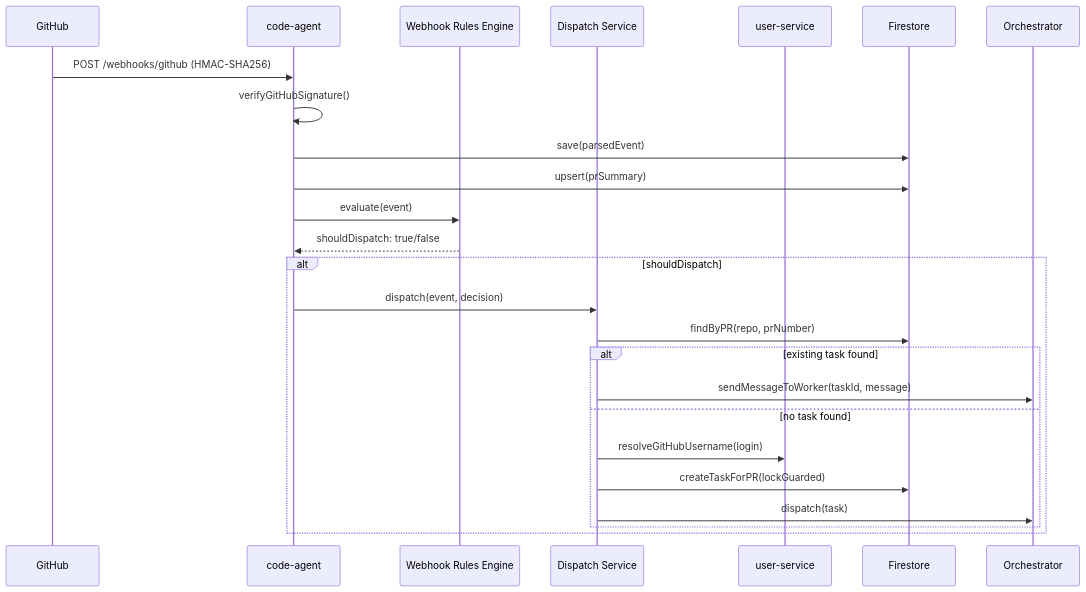
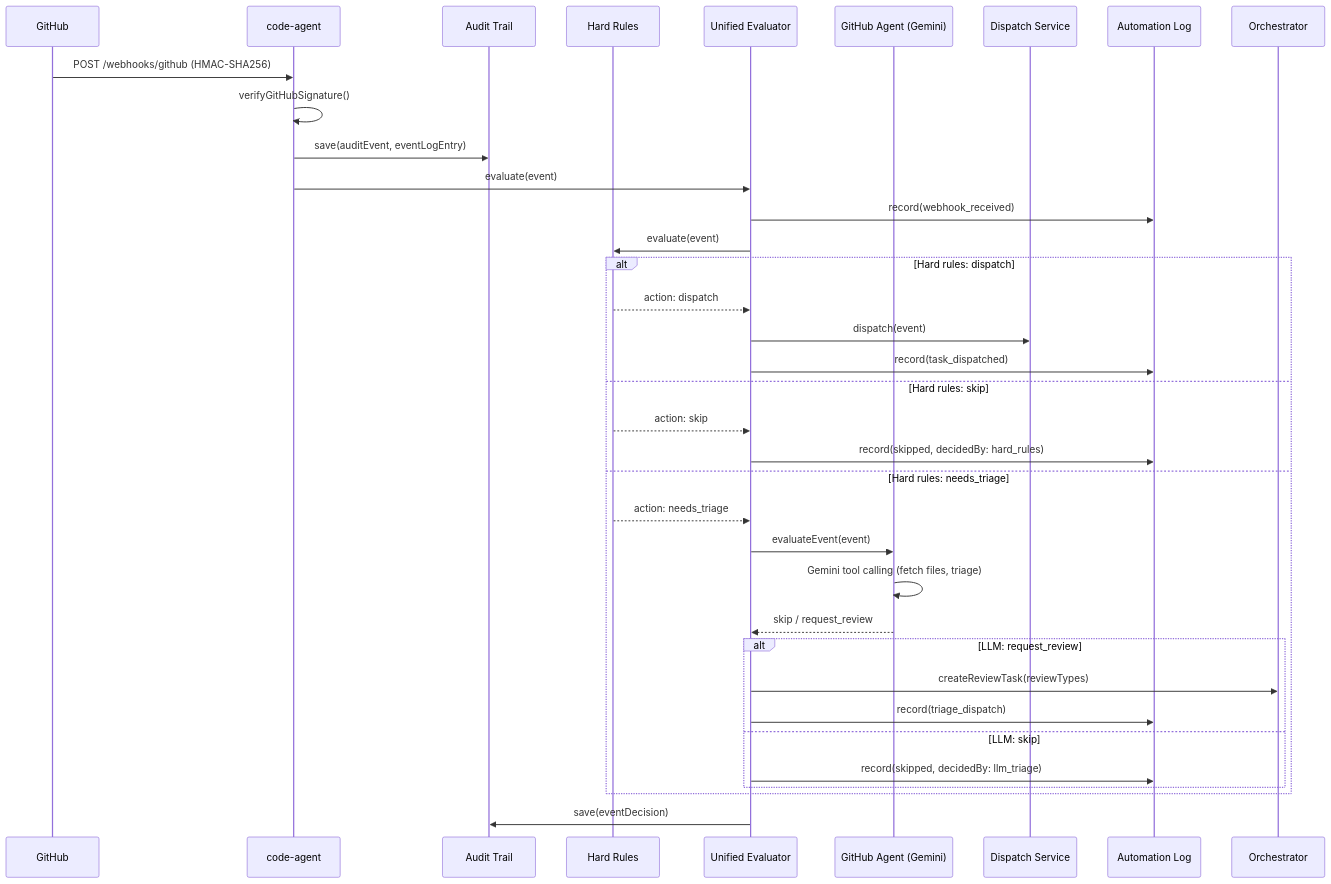
The third of 3 diagrams in docs/services/code-agent/technical.md (pbuchman/intexuraos), drawn with Mermaid before and after one commit. The commit also changed other lines of this file and 124 other files, not shown here.

````diff
--- a/docs/services/code-agent/technical.md
+++ b/docs/services/code-agent/technical.md
@@ -116,29 +127,41 @@
 ```mermaid
 sequenceDiagram
     participant GitHub
     participant CodeAgent as code-agent
-    participant Rules as Webhook Rules Engine
+    participant Audit as Audit Trail
+    participant Rules as Hard Rules
+    participant Evaluator as Unified Evaluator
+    participant Agent as GitHub Agent (Gemini)
     participant Dispatch as Dispatch Service
-    participant UserSvc as user-service
-    participant Firestore
+    participant AutoLog as Automation Log
     participant Worker as Orchestrator
 
     GitHub->>CodeAgent: POST /webhooks/github (HMAC-SHA256)
     CodeAgent->>CodeAgent: verifyGitHubSignature()
-    CodeAgent->>Firestore: save(parsedEvent)
-    CodeAgent->>Firestore: upsert(prSummary)
-    CodeAgent->>Rules: evaluate(event)
-    Rules-->>CodeAgent: shouldDispatch: true/false
+    CodeAgent->>Audit: save(auditEvent, eventLogEntry)
+    CodeAgent->>Evaluator: evaluate(event)
+    Evaluator->>AutoLog: record(webhook_received)
+    Evaluator->>Rules: evaluate(event)
 
-    alt shouldDispatch
-        CodeAgent->>Dispatch: dispatch(event, decision)
-        Dispatch->>Firestore: findByPR(repo, prNumber)
-        alt existing task found
-            Dispatch->>Worker: sendMessageToWorker(taskId, message)
-        else no task found
-            Dispatch->>UserSvc: resolveGitHubUsername(login)
-            Dispatch->>Firestore: createTaskForPR(lockGuarded)
-            Dispatch->>Worker: dispatch(task)
+    alt Hard rules: dispatch
+        Rules-->>Evaluator: action: dispatch
+        Evaluator->>Dispatch: dispatch(event)
+        Evaluator->>AutoLog: record(task_dispatched)
+    else Hard rules: skip
+        Rules-->>Evaluator: action: skip
+        Evaluator->>AutoLog: record(skipped, decidedBy: hard_rules)
+    else Hard rules: needs_triage
+        Rules-->>Evaluator: action: needs_triage
+        Evaluator->>Agent: evaluateEvent(event)
+        Agent->>Agent: Gemini tool calling (fetch files, triage)
+        Agent-->>Evaluator: skip / request_review
+        alt LLM: request_review
+            Evaluator->>Worker: createReviewTask(reviewTypes)
+            Evaluator->>AutoLog: record(triage_dispatch)
+        else LLM: skip
+            Evaluator->>AutoLog: record(skipped, decidedBy: llm_triage)
         end
     end
+
+    Evaluator->>Audit: save(eventDecision)
 ```
````
